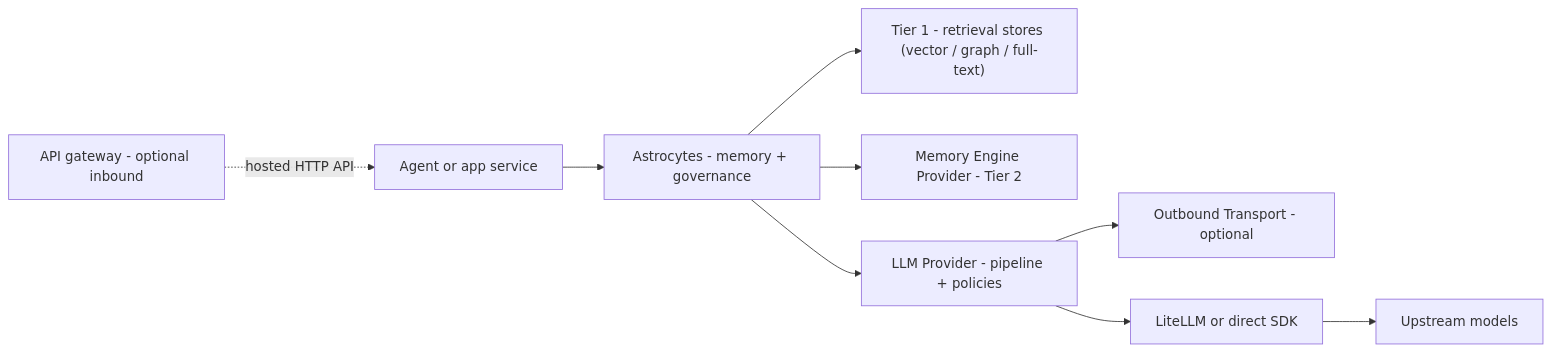
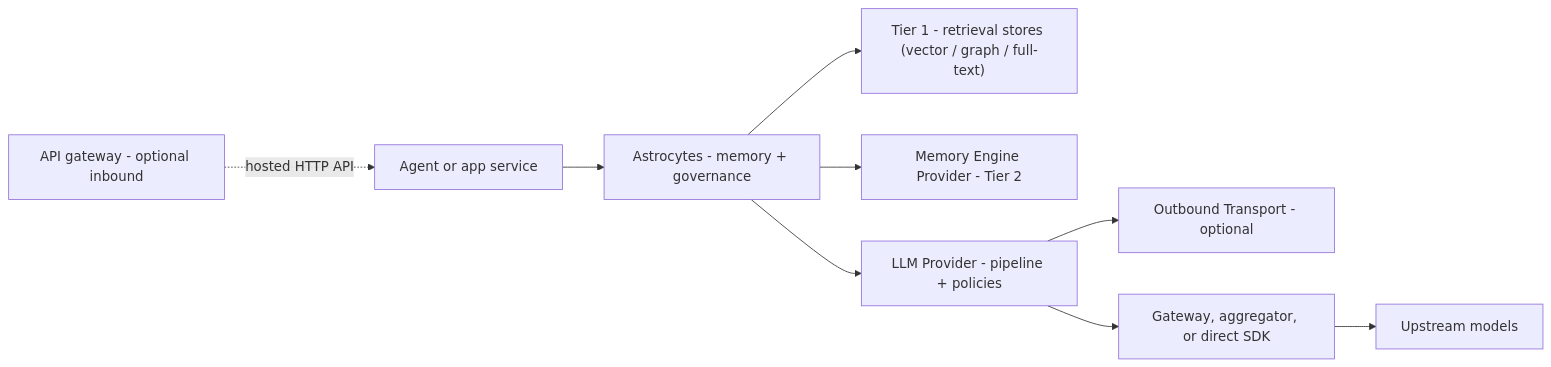
One commit to AstrocyteAI/astrocyte changed the third of 5 diagrams in docs/_design/architecture-framework.md. Above: the diagram before and after it, drawn with Mermaid. The commit also changed other lines of this file and 12 other files, not shown here.

````diff
--- a/docs/_design/architecture-framework.md
+++ b/docs/_design/architecture-framework.md
@@ -197,13 +197,13 @@
 ```mermaid
 flowchart LR
   APIGW["API gateway - optional inbound"]
   A[Agent or app service]
   APIGW -.->|hosted HTTP API| A
   A --> AST[Astrocytes - memory + governance]
   AST --> T1["Tier 1 - retrieval stores (vector / graph / full-text)"]
   AST --> T2[Memory Engine Provider - Tier 2]
   AST --> LLM[LLM Provider - pipeline + policies]
   LLM --> OT["Outbound Transport - optional"]
-  LLM --> SDK[LiteLLM or direct SDK]
+  LLM --> SDK[Gateway, aggregator, or direct SDK]
   SDK --> UP[Upstream models]
 ```
````
